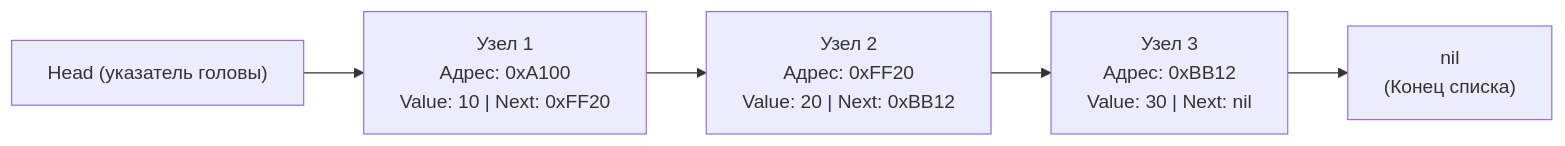
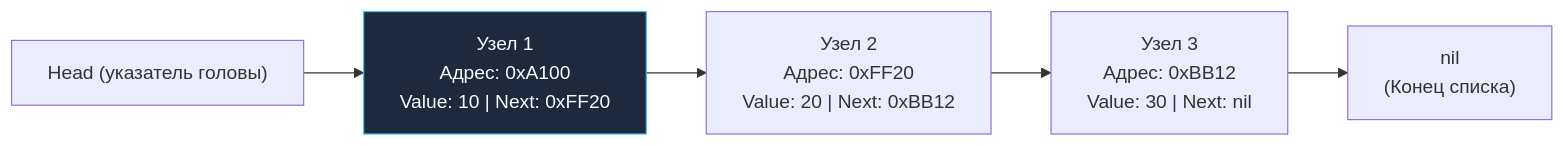
Before and after one commit to UnrealTemplier/go-textbook: the first of 5 diagrams in sources/20. Алгоритмы и структуры данных (DSA) на Go/02. Базовые структуры данных/3. Связные списки.md, drawn with Mermaid. The commit also changed other lines of this file and 1666 other files, not shown here.

First line of the commit message:
feat(mermaid): add semantic color classDef to 1369 colorless flowchart/graph diagrams

````diff
--- a/sources/20. Алгоритмы и структуры данных (DSA) на Go/02. Базовые структуры данных/3. Связные списки.md
+++ b/sources/20. Алгоритмы и структуры данных (DSA) на Go/02. Базовые структуры данных/3. Связные списки.md
@@ -15,7 +15,17 @@
 ```mermaid
 flowchart LR
+    classDef process  fill:#1e293b,stroke:#38bdf8,stroke-width:1px,color:#f8fafc
+    classDef success  fill:#064e3b,stroke:#34d399,stroke-width:1px,color:#f8fafc
+    classDef error    fill:#7f1d1d,stroke:#f87171,stroke-width:1px,color:#f8fafc
+    classDef warning  fill:#78350f,stroke:#fbbf24,stroke-width:1px,color:#f8fafc
+    classDef entry    fill:#1e3a5f,stroke:#38bdf8,stroke-width:2px,color:#f8fafc
+    classDef aux      fill:#334155,stroke:#64748b,stroke-width:1px,color:#f8fafc
+    classDef system   fill:#312e81,stroke:#a78bfa,stroke-width:1px,color:#f8fafc
+    classDef data     fill:#132d29,stroke:#2dd4bf,stroke-width:1px,color:#f8fafc
+    classDef network  fill:#881337,stroke:#fb7185,stroke-width:1px,color:#f8fafc
+    classDef accent   fill:#1e1b4b,stroke:#818cf8,stroke-width:1px,color:#f8fafc
     Head["Head (указатель головы)"] --> N1
-    N1["Узел 1<br/>Адрес: 0xA100<br/>Value: 10 | Next: 0xFF20"] --> N2["Узел 2<br/>Адрес: 0xFF20<br/>Value: 20 | Next: 0xBB12"]
+    N1["Узел 1<br/>Адрес: 0xA100<br/>Value: 10 | Next: 0xFF20"]:::process --> N2["Узел 2<br/>Адрес: 0xFF20<br/>Value: 20 | Next: 0xBB12"]
     N2 --> N3["Узел 3<br/>Адрес: 0xBB12<br/>Value: 30 | Next: nil"]
     N3 --> Null["nil<br/>(Конец списка)"]
 ```
````
